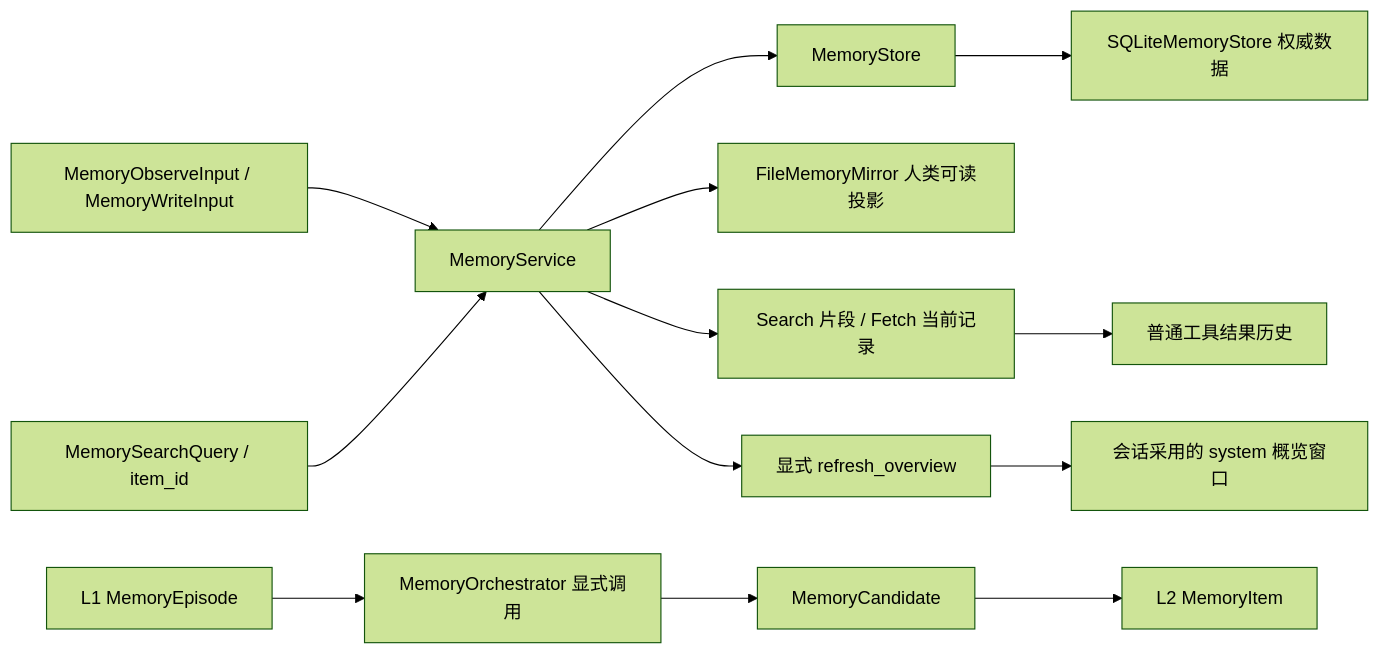
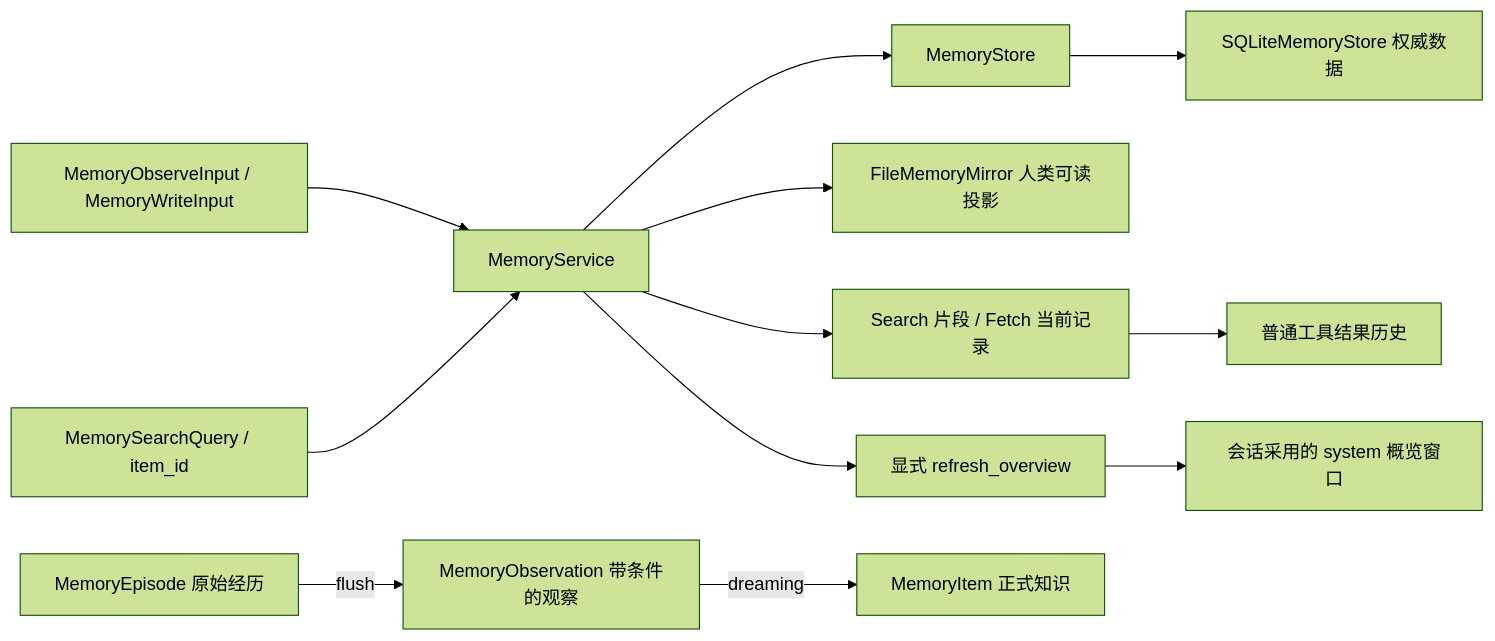
Before and after one commit to Tsubaki-01/Iris: the diagram in src/iris/memory/README.md, drawn with Mermaid (forest theme). The commit also changed other lines of this file and 31 other files, not shown here.

````diff
--- a/src/iris/memory/README.md
+++ b/src/iris/memory/README.md
@@ -69,15 +69,14 @@
 ```mermaid
 flowchart LR
     Input["MemoryObserveInput / MemoryWriteInput"] --> Service["MemoryService"]
     Service --> Store["MemoryStore"]
     Store --> SQLite["SQLiteMemoryStore 权威数据"]
     Service --> Mirror["FileMemoryMirror 人类可读投影"]
-    Episode["L1 MemoryEpisode"] --> Orchestrator["MemoryOrchestrator 显式调用"]
-    Orchestrator --> Candidate["MemoryCandidate"]
-    Candidate --> Item["L2 MemoryItem"]
+    Episode["MemoryEpisode 原始经历"] -->|flush| Observation["MemoryObservation 带条件的观察"]
+    Observation -->|dreaming| Item["MemoryItem 正式知识"]
     Query["MemorySearchQuery / item_id"] --> Service
     Service --> Result["Search 片段 / Fetch 当前记录"]
     Service --> Overview["显式 refresh_overview"]
     Overview --> Window["会话采用的 system 概览窗口"]
     Result --> History["普通工具结果历史"]
 ```
````
